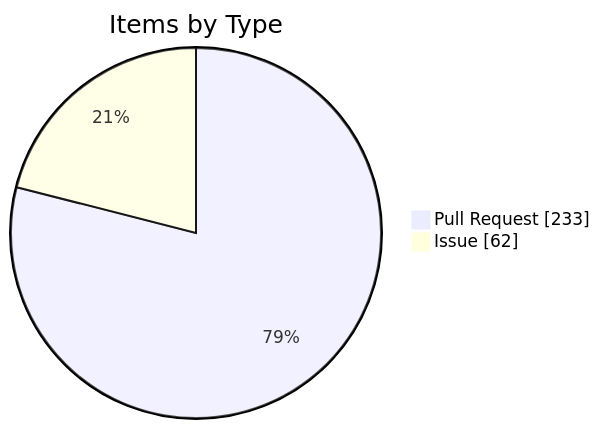
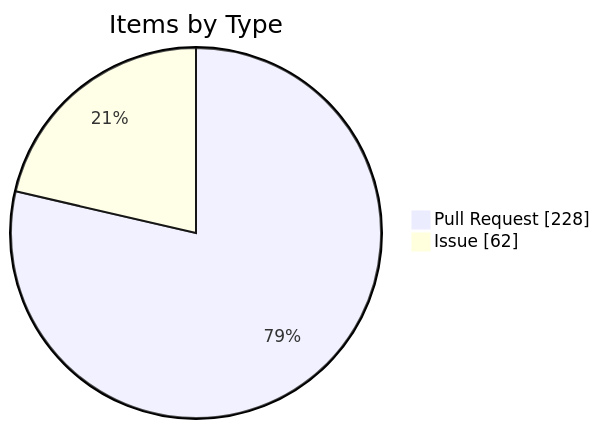
The fourth of 4 diagrams in apps/kbve/astro-kbve/src/content/docs/dashboard/kanban-data.mdx (KBVE/kbve), drawn with Mermaid before and after one commit. The commit also changed other lines of this file and 7 other files, not shown here.

````diff
--- a/apps/kbve/astro-kbve/src/content/docs/dashboard/kanban-data.mdx
+++ b/apps/kbve/astro-kbve/src/content/docs/dashboard/kanban-data.mdx
@@ -115,6 +116,6 @@
 ```mermaid
 pie showData
     title Items by Type
-    "Pull Request" : 233
+    "Pull Request" : 228
     "Issue" : 62
 ```
````
